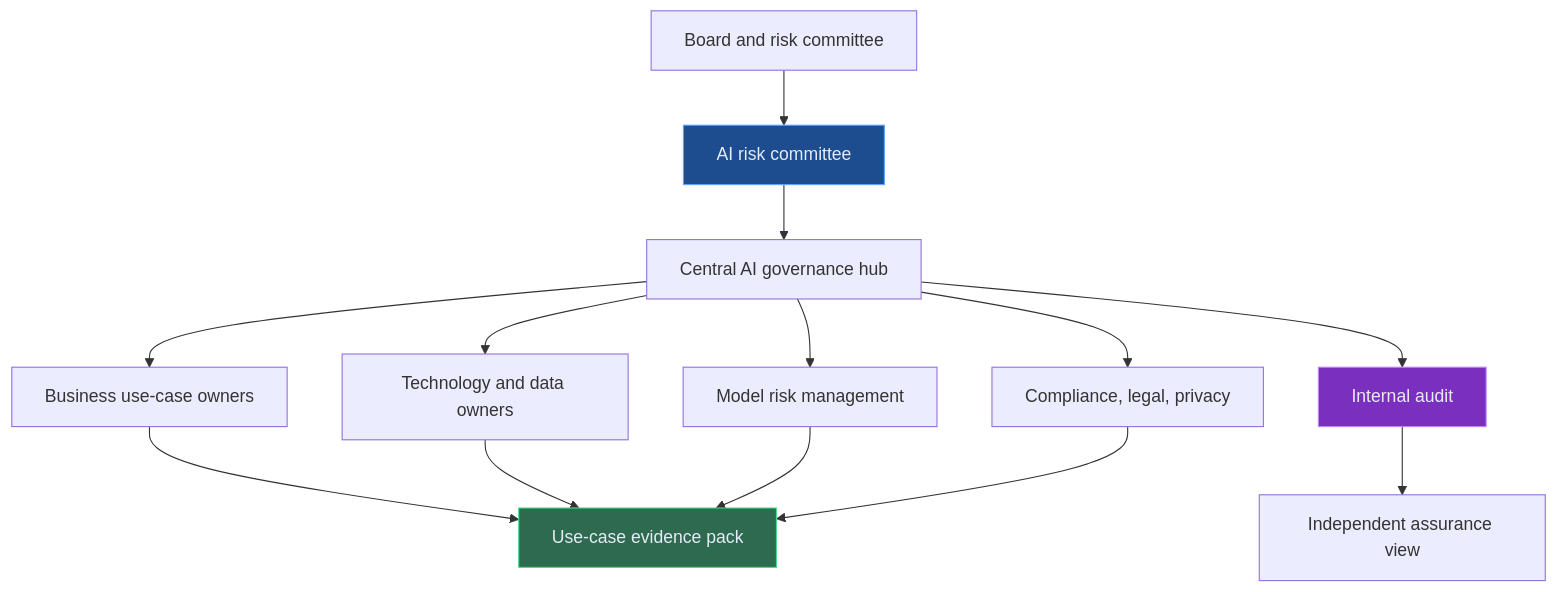
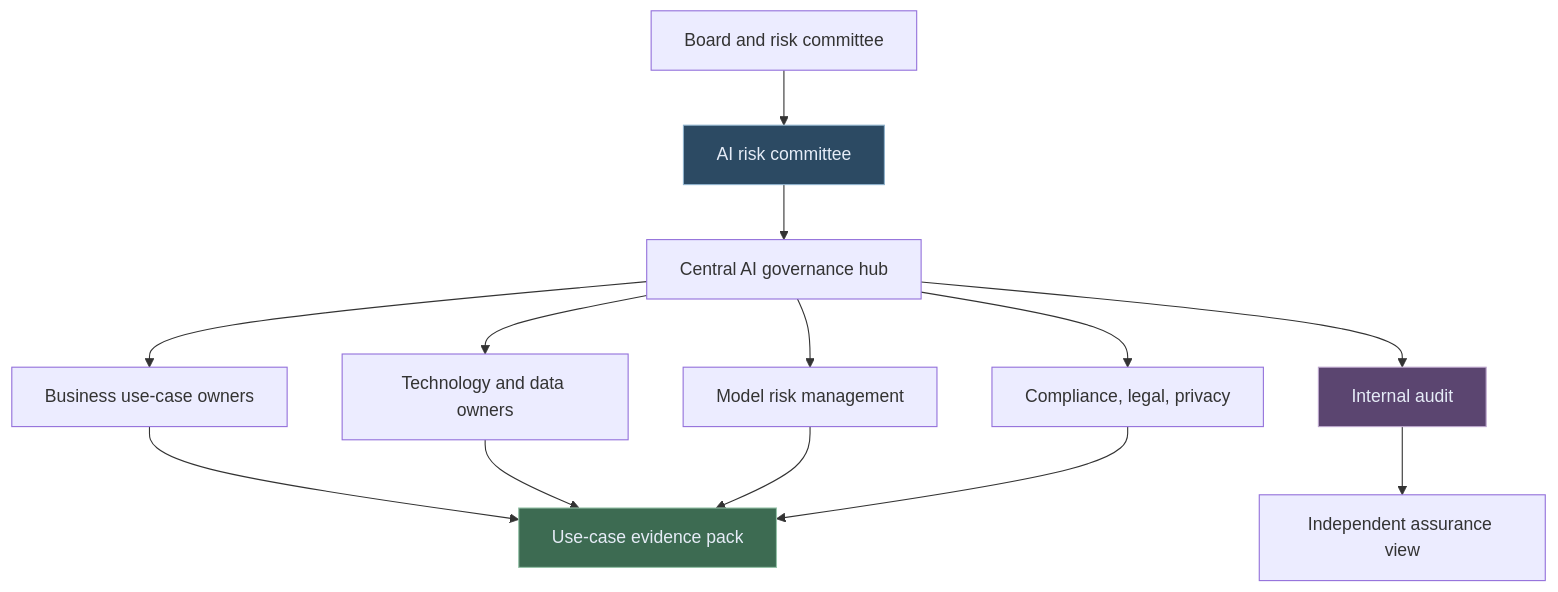
The second of 2 diagrams in blog/ai-strategy-and-governance-for-regulated-financial-institutions.md (lorvexai/lorvexai), drawn with Mermaid before and after one commit. The commit also changed other lines of this file and 16 other files, not shown here.

First line of the commit message:
Retune hardcoded Mermaid node colors to match the site palette

````diff
--- a/blog/ai-strategy-and-governance-for-regulated-financial-institutions.md
+++ b/blog/ai-strategy-and-governance-for-regulated-financial-institutions.md
@@ -93,20 +93,20 @@
 ```mermaid
 flowchart TB
   Board[Board and risk committee] --> ARC[AI risk committee]
   ARC --> Hub[Central AI governance hub]
   Hub --> BU1[Business use-case owners]
   Hub --> Tech[Technology and data owners]
   Hub --> MRM[Model risk management]
   Hub --> Comp[Compliance, legal, privacy]
   Hub --> Audit[Internal audit]
 
   BU1 --> Evidence[Use-case evidence pack]
   Tech --> Evidence
   MRM --> Evidence
   Comp --> Evidence
   Audit --> Assurance[Independent assurance view]
 
-  style ARC fill:#1D4C8F,stroke:#60a5fa,color:#E6ECF7
-  style Evidence fill:#2D6A4F,stroke:#4ade80,color:#E6ECF7
-  style Audit fill:#7B2FBE,stroke:#c084fc,color:#E6ECF7
+  style ARC fill:#2C4A63,stroke:#8FB2CC,color:#E6ECF7
+  style Evidence fill:#3D6B52,stroke:#95C2A8,color:#E6ECF7
+  style Audit fill:#5B4570,stroke:#BCA6CC,color:#E6ECF7
 ```
````
